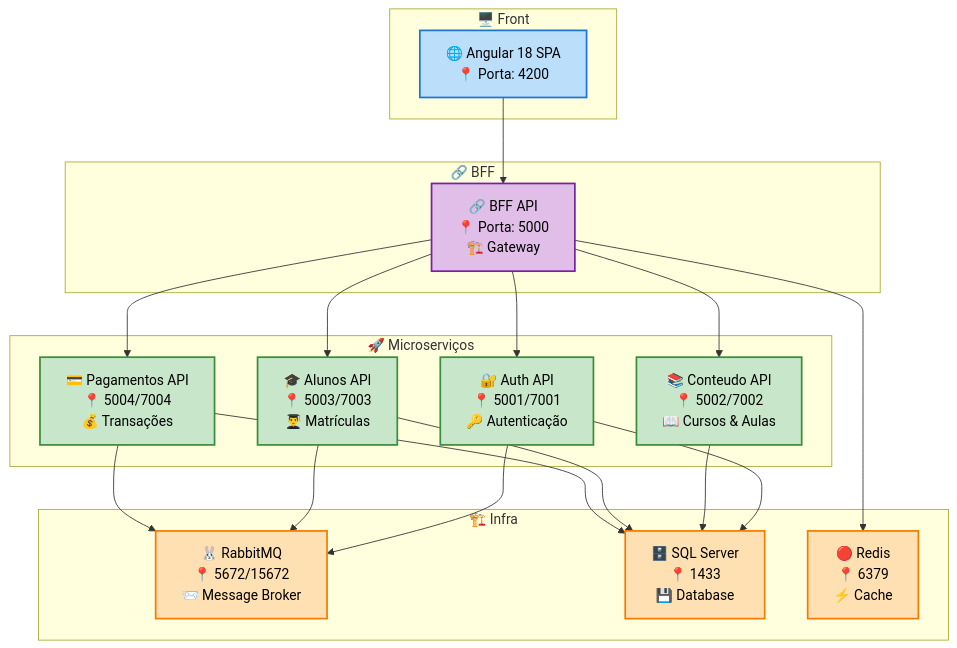
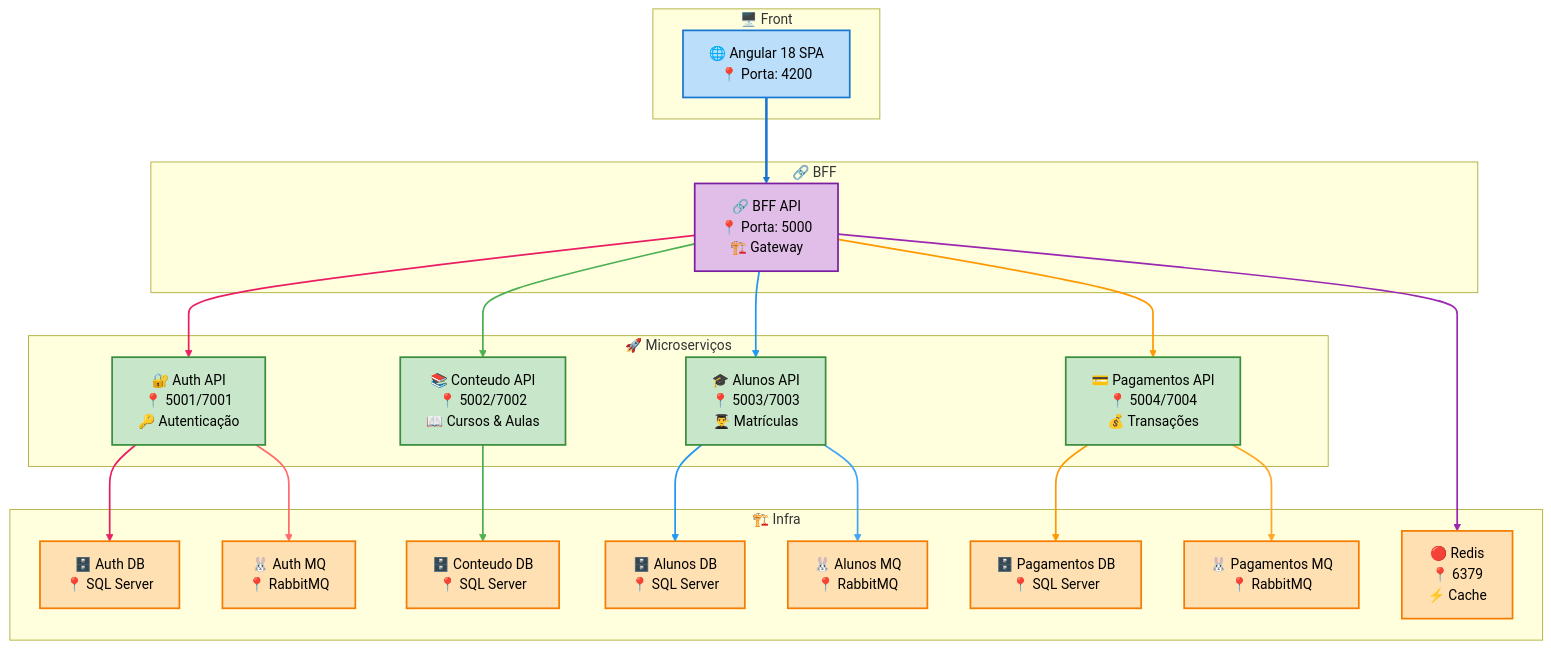
One commit to jasonamaral/mba.modulo4 changed the diagram in README.md. Above: the diagram before and after it, drawn with Mermaid.

Commit message:
Melhoria no diagrama

````diff
--- a/README.md
+++ b/README.md
@@ -39,7 +39,7 @@
         BFF[🔗 BFF API<br/>📍 Porta: 5000<br/>🏗️ Gateway]
     end
     
-    %% NÍVEL 3: MICROSERVIÇOS
+    %% NÍVEL 3: MICROSERVIÇOS EM COLUNAS ALINHADAS
     subgraph Microservicos["🚀 Microserviços"]
         Auth[🔐 Auth API<br/>📍 5001/7001<br/>🔑 Autenticação]
         Conteudo[📚 Conteudo API<br/>📍 5002/7002<br/>📖 Cursos & Aulas]
@@ -47,14 +47,21 @@
         Pagamentos[💳 Pagamentos API<br/>📍 5004/7004<br/>💰 Transações]
     end
     
-    %% NÍVEL 4: INFRAESTRUTURA
+    %% NÍVEL 4: INFRAESTRUTURA ALINHADA VERTICALMENTE
     subgraph Infra["🏗️ Infra"]
-        RabbitMQ[🐰 RabbitMQ<br/>📍 5672/15672<br/>📨 Message Broker]
-        SQLServer[🗄️ SQL Server<br/>📍 1433<br/>💾 Database]
-        Redis[🔴 Redis<br/>📍 6379<br/>⚡ Cache]
+        AuthDB[🗄️ Auth DB<br/>📍 SQL Server]
+        ConteudoDB[🗄️ Conteudo DB<br/>📍 SQL Server]
+        AlunosDB[🗄️ Alunos DB<br/>📍 SQL Server]
+        PagamentosDB[🗄️ Pagamentos DB<br/>📍 SQL Server]
+        
+        AuthMQ[🐰 Auth MQ<br/>📍 RabbitMQ]
+        AlunosMQ[🐰 Alunos MQ<br/>📍 RabbitMQ]
+        PagamentosMQ[🐰 Pagamentos MQ<br/>📍 RabbitMQ]
+        
+        Cache[🔴 Redis<br/>📍 6379<br/>⚡ Cache]
     end
     
-    %% CONEXÕES ENTRE NÍVEIS
+    %% CONEXÕES PRINCIPAIS (RETAS)
     Frontend --> BFF
     
     BFF --> Auth
@@ -62,14 +69,19 @@
     BFF --> Alunos
     BFF --> Pagamentos
     
-    Auth --> RabbitMQ
-    Auth --> SQLServer
-    Conteudo --> SQLServer
-    Alunos --> RabbitMQ
-    Alunos --> SQLServer
-    Pagamentos --> RabbitMQ
-    Pagamentos --> SQLServer
-    BFF --> Redis
+    %% CONEXÕES DIRETAS E RETAS (SEM SOBREPOSIÇÃO)
+    Auth --> AuthDB
+    Auth --> AuthMQ
+    
+    Conteudo --> ConteudoDB
+    
+    Alunos --> AlunosDB
+    Alunos --> AlunosMQ
+    
+    Pagamentos --> PagamentosDB
+    Pagamentos --> PagamentosMQ
+    
+    BFF --> Cache
     
     %% ESTILOS DOS SUBGRAFOS
     classDef frontGroup fill:#e3f2fd,stroke:#1976d2,stroke-width:3px
@@ -83,8 +95,23 @@
     classDef microservice fill:#c8e6c9,stroke:#388e3c,stroke-width:2px,color:#000
     classDef infrastructure fill:#ffe0b2,stroke:#f57c00,stroke-width:2px,color:#000
     
+    %% ESTILOS DAS CONEXÕES (CORES DISTINTAS)
+    linkStyle 0 stroke:#1976d2,stroke-width:3px
+    linkStyle 1 stroke:#e91e63,stroke-width:2px
+    linkStyle 2 stroke:#4caf50,stroke-width:2px
+    linkStyle 3 stroke:#2196f3,stroke-width:2px
+    linkStyle 4 stroke:#ff9800,stroke-width:2px
+    linkStyle 5 stroke:#e91e63,stroke-width:2px
+    linkStyle 6 stroke:#ff6b6b,stroke-width:2px
+    linkStyle 7 stroke:#4caf50,stroke-width:2px
+    linkStyle 8 stroke:#2196f3,stroke-width:2px
+    linkStyle 9 stroke:#42a5f5,stroke-width:2px
+    linkStyle 10 stroke:#ff9800,stroke-width:2px
+    linkStyle 11 stroke:#ffa726,stroke-width:2px
+    linkStyle 12 stroke:#9c27b0,stroke-width:2px
+    
     class Frontend frontend
     class BFF bff
     class Auth,Conteudo,Alunos,Pagamentos microservice
-    class RabbitMQ,SQLServer,Redis infrastructure
+    class AuthDB,ConteudoDB,AlunosDB,PagamentosDB,AuthMQ,AlunosMQ,PagamentosMQ,Cache infrastructure
 ```
````
